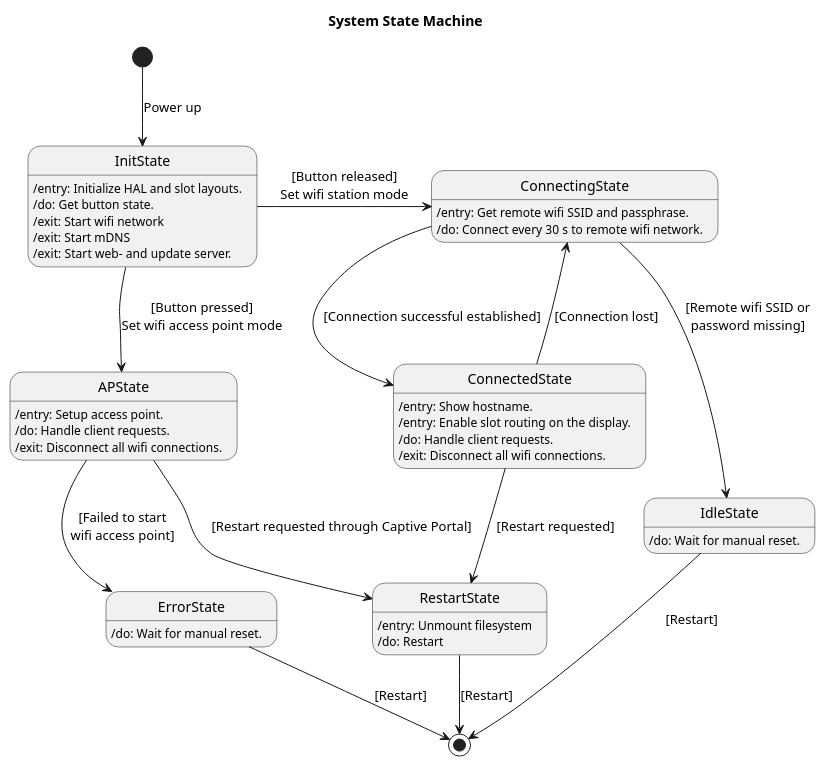
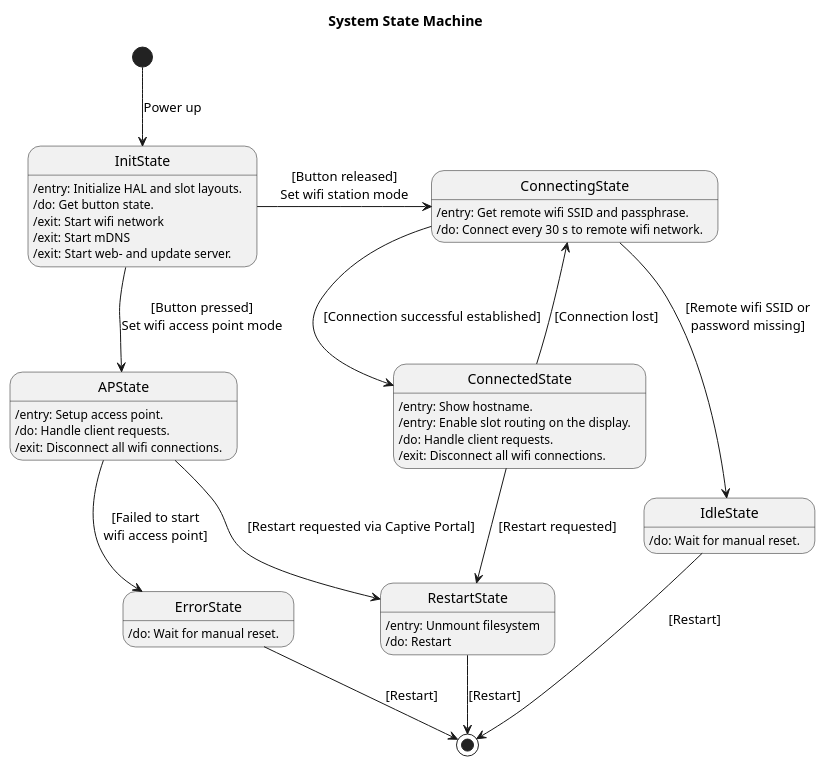
The diagram in doc/architecture/uml/system_state_machine.wsd (manmuqingshan/Pixelix), drawn with PlantUML before and after one commit. The commit also changed 2 other files, not shown here.

```diff
--- a/doc/architecture/uml/system_state_machine.wsd
+++ b/doc/architecture/uml/system_state_machine.wsd
@@ -1,49 +1,49 @@
 @startuml system_state_machine
 
 title System State Machine
 
 InitState: /entry: Initialize HAL and slot layouts.
 InitState: /do: Get button state.
 InitState: /exit: Start wifi network
 InitState: /exit: Start mDNS
 InitState: /exit: Start web- and update server.
 
 APState: /entry: Setup access point.
 APState: /do: Handle client requests.
 APState: /exit: Disconnect all wifi connections.
 
 IdleState: /do: Wait for manual reset.
 
 ConnectingState: /entry: Get remote wifi SSID and passphrase.
 ConnectingState: /do: Connect every 30 s to remote wifi network.
 
 ConnectedState: /entry: Show hostname.
 ConnectedState: /entry: Enable slot routing on the display.
 ConnectedState: /do: Handle client requests.
 ConnectedState: /exit: Disconnect all wifi connections.
 
 ErrorState: /do: Wait for manual reset.
 
 RestartState: /entry: Unmount filesystem
 RestartState: /do: Restart
 
 [*] --> InitState: Power up
 InitState --> APState: [Button pressed]\nSet wifi access point mode
 InitState -> ConnectingState: [Button released]\nSet wifi station mode
 
 APState --> ErrorState: [Failed to start\nwifi access point]
-APState --> RestartState: [Restart requested through Captive Portal]
+APState --> RestartState: [Restart requested via Captive Portal]
 
 ConnectingState --> IdleState: [Remote wifi SSID or\npassword missing]
 ConnectingState --> ConnectedState: [Connection successful established]
 
 ConnectedState --> ConnectingState: [Connection lost]
 ConnectedState --> RestartState: [Restart requested]
 
 ErrorState --> [*]: [Restart]
 
 IdleState --> [*]: [Restart]
 
 RestartState --> [*]: [Restart]
 
 @enduml
```
